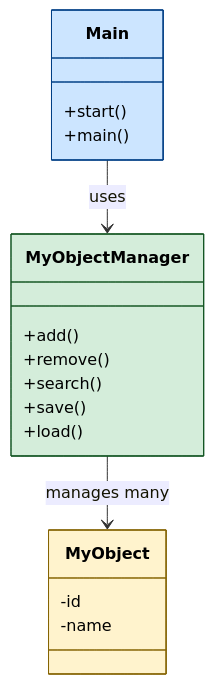
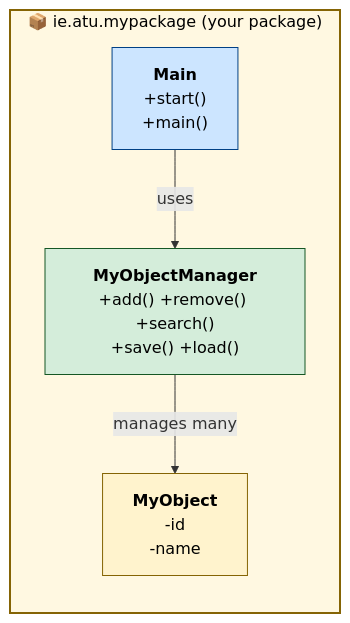
The first of 3 diagrams in project-brief.md (DanielCreggOrganization/aooc-project-template), drawn with Mermaid before and after one commit. The commit also changed other lines of this file, not shown here.

First line of the commit message:
Use unlisted YouTube for screencast; finalise structure & class diagrams

````diff
--- a/project-brief.md
+++ b/project-brief.md
@@ -121,24 +73,19 @@
 ```mermaid
-classDiagram
-    class Main:::blue {
-        +start()
-        +main()
-    }
-    class MyObjectManager:::green {
-        +add()
-        +remove()
-        +search()
-        +save()
-        +load()
-    }
-    class MyObject:::amber {
-        -id
-        -name
-    }
-    Main --> MyObjectManager : uses
-    MyObjectManager --> MyObject : manages many
+flowchart TB
+    subgraph PKG["📦 ie.atu.mypackage (your package)"]
+        direction TB
+        Main["<b>Main</b><br/>+start()<br/>+main()"]
+        Mgr["<b>MyObjectManager</b><br/>+add() +remove() +search()<br/>+save() +load()"]
+        Obj["<b>MyObject</b><br/>-id<br/>-name"]
+        Main -->|uses| Mgr
+        Mgr -->|manages many| Obj
+    end
 
     classDef blue  fill:#cce5ff,stroke:#004085,color:#000
     classDef green fill:#d4edda,stroke:#155724,color:#000
     classDef amber fill:#fff3cd,stroke:#856404,color:#000
+    class Main blue
+    class Mgr green
+    class Obj amber
+    style PKG fill:#fff8e1,stroke:#856404,color:#000,stroke-width:2px
 ```
````
